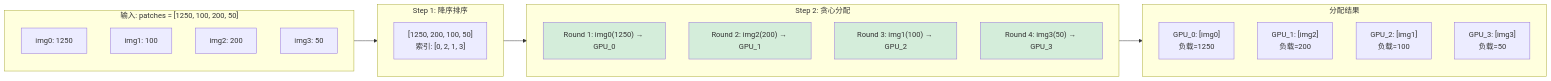
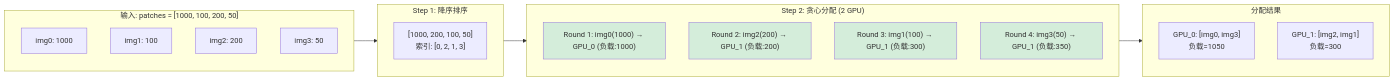
One commit to wesleyck/AIInfraNotes changed the fourth of 7 diagrams in SGLang/11-multimodal.md. Above: the diagram before and after it, drawn with Mermaid. The commit also changed other lines of this file and 4 other files, not shown here.

````diff
--- a/SGLang/11-multimodal.md
+++ b/SGLang/11-multimodal.md
@@ -1776,37 +882,35 @@
 ```mermaid
 flowchart LR
-    subgraph Input["输入: patches = [1250, 100, 200, 50]"]
+    subgraph Input["输入: patches = [1000, 100, 200, 50]"]
         direction TB
-        P0["img0: 1250"]
+        P0["img0: 1000"]
         P1["img1: 100"]
         P2["img2: 200"]
         P3["img3: 50"]
     end
 
     subgraph Sort["Step 1: 降序排序"]
-        S["[1250, 200, 100, 50]<br/>索引: [0, 2, 1, 3]"]
+        S["[1000, 200, 100, 50]<br/>索引: [0, 2, 1, 3]"]
     end
 
-    subgraph Greedy["Step 2: 贪心分配"]
+    subgraph Greedy["Step 2: 贪心分配 (2 GPU)"]
         direction TB
-        G1["Round 1: img0(1250) → GPU_0"]
-        G2["Round 2: img2(200) → GPU_1"]
-        G3["Round 3: img1(100) → GPU_2"]
-        G4["Round 4: img3(50) → GPU_3"]
+        G1["Round 1: img0(1000) → GPU_0 (负载:1000)"]
+        G2["Round 2: img2(200) → GPU_1 (负载:200)"]
+        G3["Round 3: img1(100) → GPU_1 (负载:300)"]
+        G4["Round 4: img3(50) → GPU_1 (负载:350)"]
     end
 
     subgraph Result["分配结果"]
         direction TB
-        R0["GPU_0: [img0]<br/>负载=1250"]
-        R1["GPU_1: [img2]<br/>负载=200"]
-        R2["GPU_2: [img1]<br/>负载=100"]
-        R3["GPU_3: [img3]<br/>负载=50"]
+        R0["GPU_0: [img0, img3]<br/>负载=1050"]
+        R1["GPU_1: [img2, img1]<br/>负载=300"]
     end
 
     Input --> Sort --> Greedy --> Result
 
     style G1 fill:#d4edda
     style G2 fill:#d4edda
     style G3 fill:#d4edda
     style G4 fill:#d4edda
 ```
````
